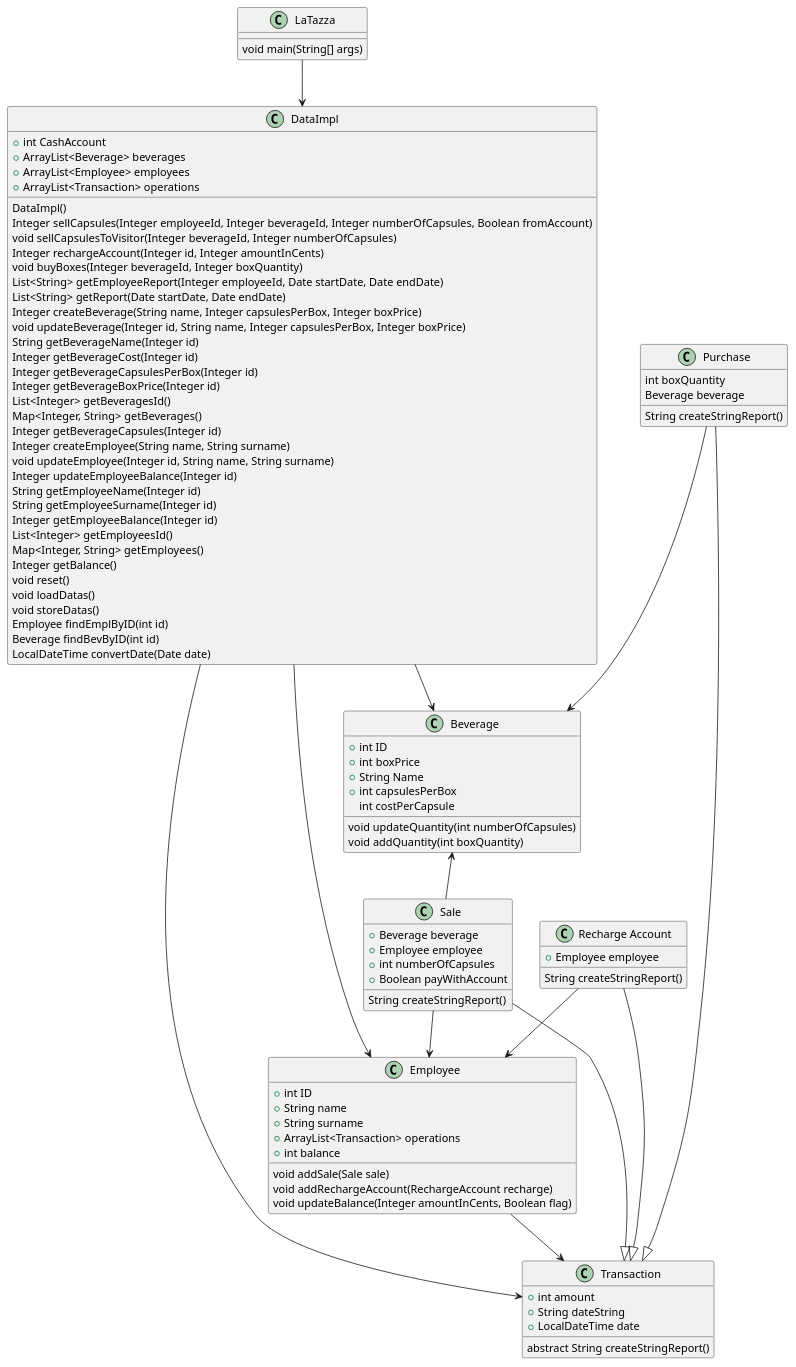
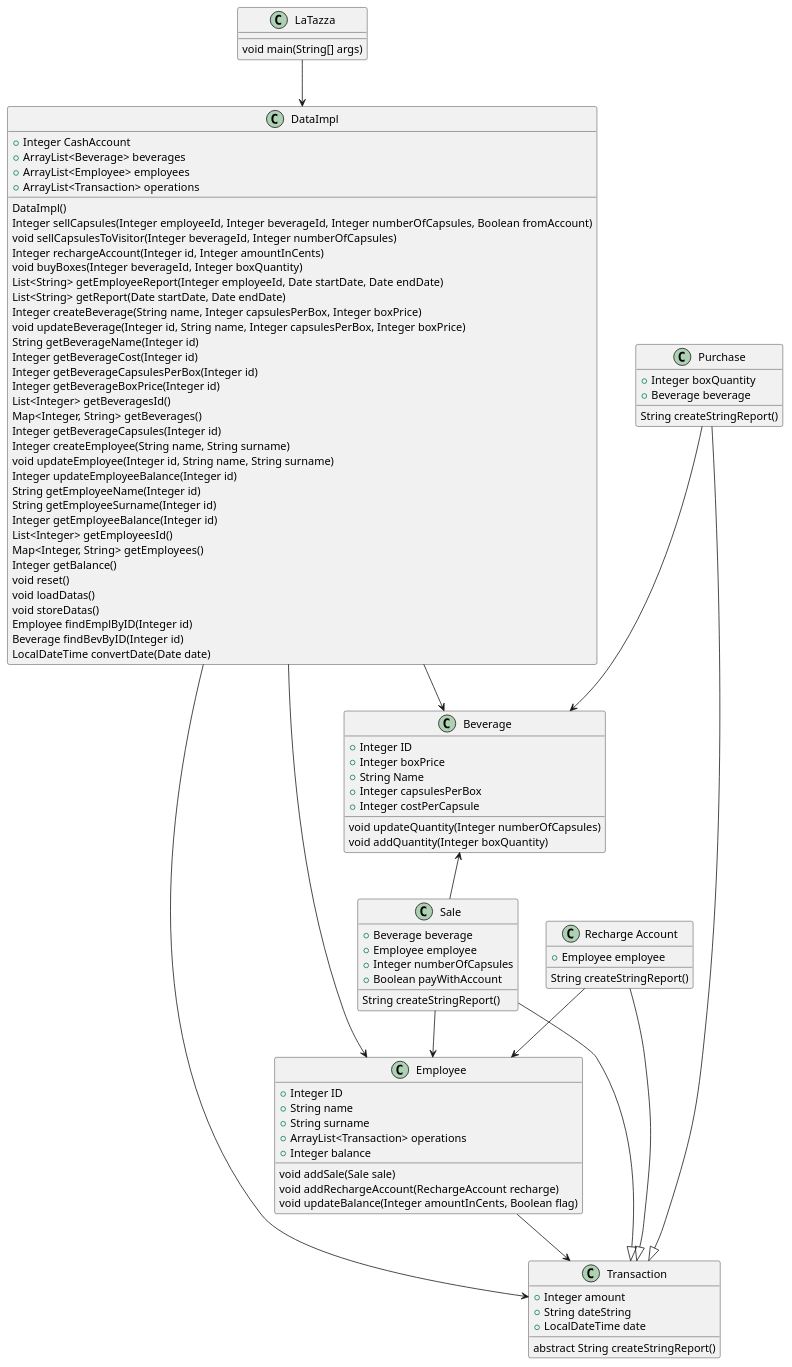
Before and after one commit to DarkSee/LaTazza: the second of 3 diagrams in templates/DesignDocumentTemplate.md, drawn with PlantUML.

Commit message:
Minor improvements ("int" -> "Integer")

```diff
--- a/templates/DesignDocumentTemplate.md
+++ b/templates/DesignDocumentTemplate.md
@@ -62,7 +62,7 @@
 }
 
 class "DataImpl" as DI{
-+ int CashAccount
++Integer CashAccount
 +ArrayList<Beverage> beverages
 +ArrayList<Employee> employees
 +ArrayList<Transaction> operations
@@ -95,17 +95,17 @@
 void reset()
 void loadDatas()
 void storeDatas()
-Employee findEmplByID(int id)
-Beverage findBevByID(int id)
+Employee findEmplByID(Integer id)
+Beverage findBevByID(Integer id)
 LocalDateTime convertDate(Date date)
 }
 
 class "Employee" as E {
-+int ID
++Integer ID
 +String name
 +String surname
 +ArrayList<Transaction> operations
-+int balance
++Integer balance
 
 void addSale(Sale sale)
 void addRechargeAccount(RechargeAccount recharge)
@@ -113,19 +113,19 @@
 }
 
 class "Beverage" as B{
-+int ID
-+int boxPrice
++Integer ID
++Integer boxPrice
 +String Name
-+int capsulesPerBox
-int costPerCapsule
++Integer capsulesPerBox
++Integer costPerCapsule
 
-void updateQuantity(int numberOfCapsules)
-void addQuantity(int boxQuantity)
+void updateQuantity(Integer numberOfCapsules)
+void addQuantity(Integer boxQuantity)
 }
 
 
 class "Transaction" as T{
-+int amount
++Integer amount
 +String dateString
 +LocalDateTime date
 
@@ -135,7 +135,7 @@
 class "Sale" as S{
 +Beverage beverage
 +Employee employee
-+int numberOfCapsules
++Integer numberOfCapsules
 +Boolean payWithAccount
 
 String createStringReport()
@@ -149,8 +149,8 @@
 }
 
 class "Purchase" as P {
-int boxQuantity
-Beverage beverage
++Integer boxQuantity
++Beverage beverage
 
 String createStringReport()
 }
```
